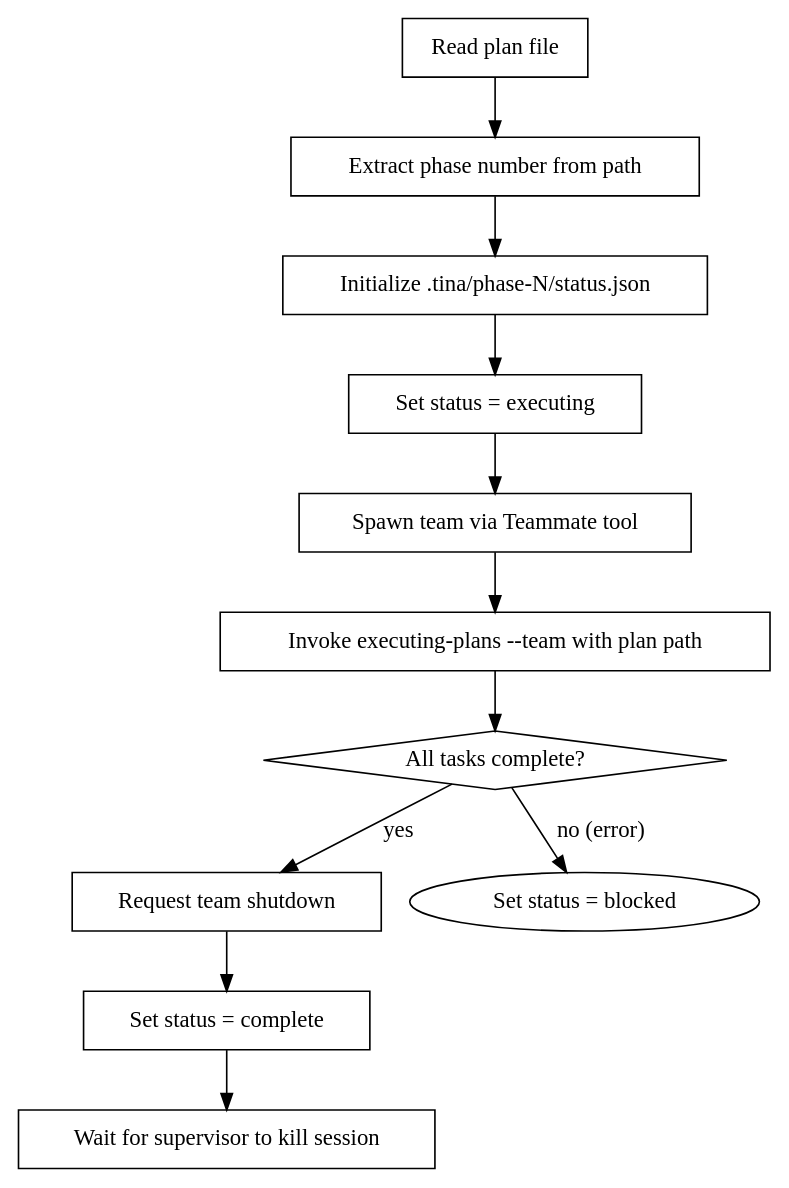
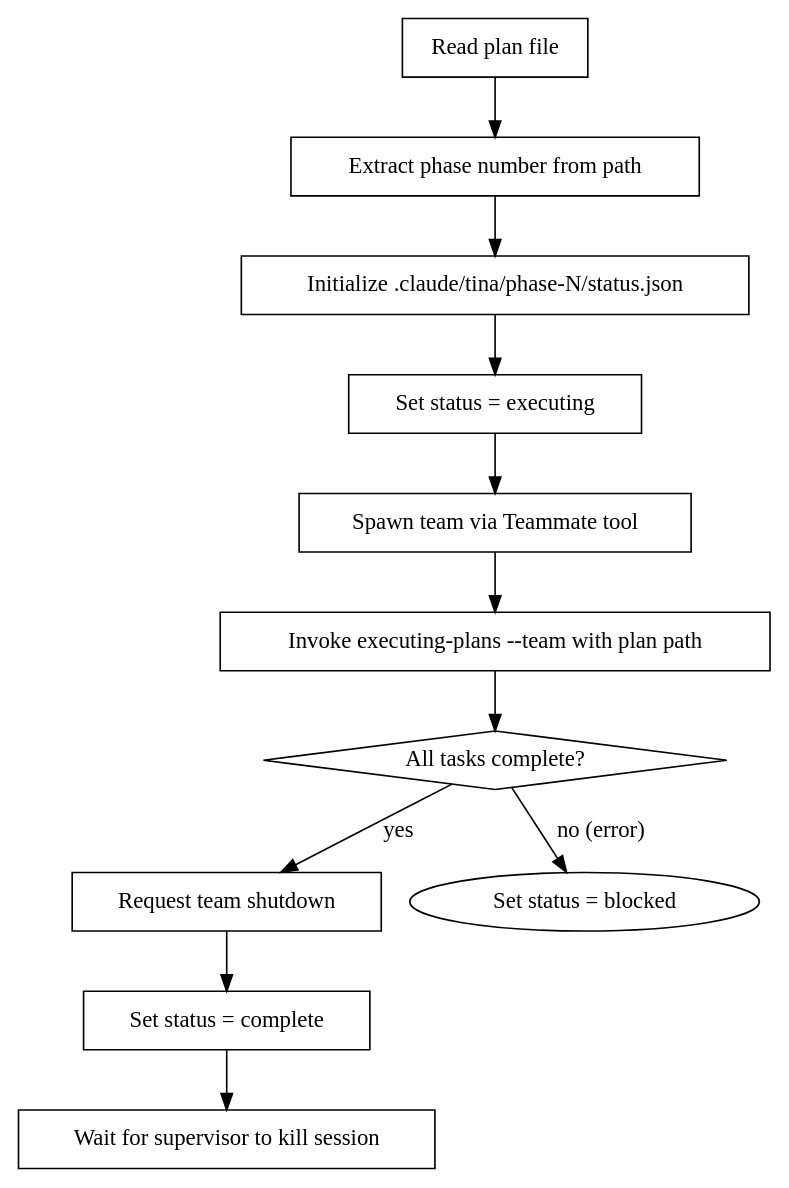
The diagram in skills/team-lead-init/SKILL.md (joshuabates/tina), drawn with Graphviz before and after one commit. The commit also changed other lines of this file and 24 other files, not shown here.

First line of the commit message:
refactor: move tina state from .tina/ to .claude/tina/

````diff
--- a/skills/team-lead-init/SKILL.md
+++ b/skills/team-lead-init/SKILL.md
@@ -70,27 +70,27 @@
 ```dot
 digraph team_lead_init_v2 {
     rankdir=TB;
 
     "Read plan file" [shape=box];
     "Extract phase number from path" [shape=box];
-    "Initialize .tina/phase-N/status.json" [shape=box];
+    "Initialize .claude/tina/phase-N/status.json" [shape=box];
     "Set status = executing" [shape=box];
     "Spawn team via Teammate tool" [shape=box];
     "Invoke executing-plans --team with plan path" [shape=box];
     "All tasks complete?" [shape=diamond];
     "Request team shutdown" [shape=box];
     "Set status = complete" [shape=box];
     "Wait for supervisor to kill session" [shape=box];
 
     "Read plan file" -> "Extract phase number from path";
-    "Extract phase number from path" -> "Initialize .tina/phase-N/status.json";
-    "Initialize .tina/phase-N/status.json" -> "Set status = executing";
+    "Extract phase number from path" -> "Initialize .claude/tina/phase-N/status.json";
+    "Initialize .claude/tina/phase-N/status.json" -> "Set status = executing";
     "Set status = executing" -> "Spawn team via Teammate tool";
     "Spawn team via Teammate tool" -> "Invoke executing-plans --team with plan path";
     "Invoke executing-plans --team with plan path" -> "All tasks complete?";
     "All tasks complete?" -> "Request team shutdown" [label="yes"];
     "All tasks complete?" -> "Set status = blocked" [label="no (error)"];
     "Request team shutdown" -> "Set status = complete";
     "Set status = complete" -> "Wait for supervisor to kill session";
 }
 ```
````
